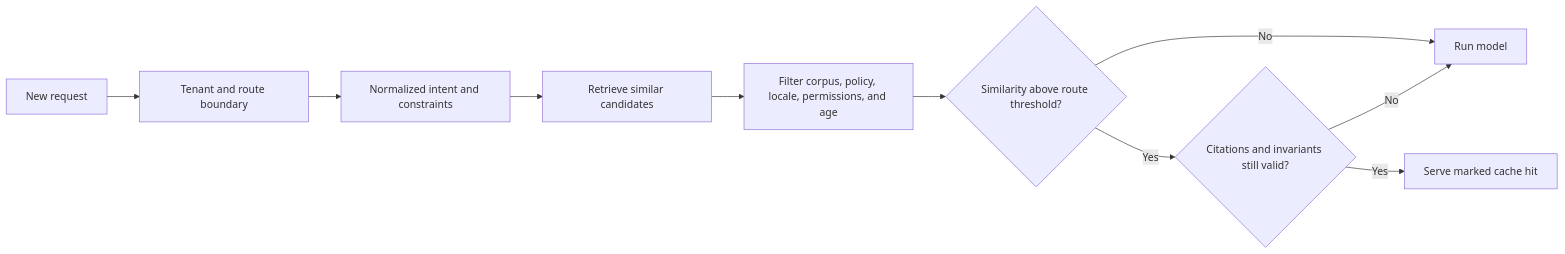
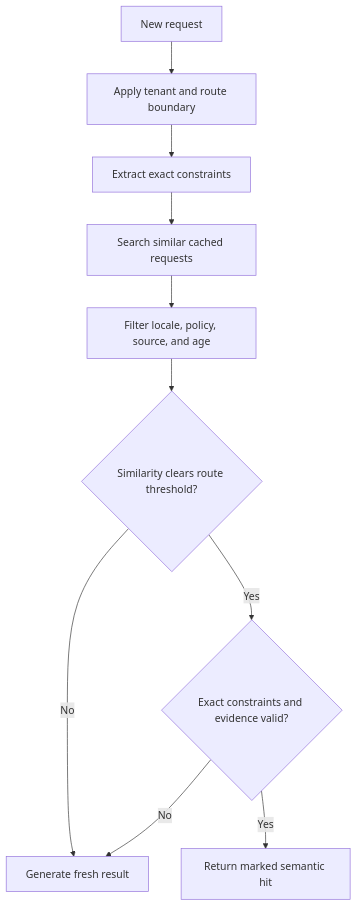
One commit to senlinyy/dev-roadmaps changed the third of 8 diagrams in roadmaps/mlops/modules/llmops/cost-and-deployment/02-caching-and-limits.md. Above: the diagram before and after it, drawn with Mermaid. The commit also changed other lines of this file and 198 other files, not shown here.

````diff
--- a/roadmaps/mlops/modules/llmops/cost-and-deployment/02-caching-and-limits.md
+++ b/roadmaps/mlops/modules/llmops/cost-and-deployment/02-caching-and-limits.md
@@ -110,12 +144,12 @@
 ```mermaid
-flowchart LR
-    Q["New request"] --> B["Tenant and route boundary"]
-    B --> N["Normalized intent and constraints"]
-    N --> K["Retrieve similar candidates"]
-    K --> F["Filter corpus, policy, locale, permissions, and age"]
-    F --> T{"Similarity above route threshold?"}
-    T -->|No| M["Run model"]
-    T -->|Yes| G{"Citations and invariants still valid?"}
-    G -->|No| M
-    G -->|Yes| H["Serve marked cache hit"]
+flowchart TD
+    A["New request"] --> B["Apply tenant and route boundary"]
+    B --> C["Extract exact constraints"]
+    C --> D["Search similar cached requests"]
+    D --> E["Filter locale, policy, source, and age"]
+    E --> F{"Similarity clears route threshold?"}
+    F -->|No| G["Generate fresh result"]
+    F -->|Yes| H{"Exact constraints and evidence valid?"}
+    H -->|No| G
+    H -->|Yes| I["Return marked semantic hit"]
 ```
````
